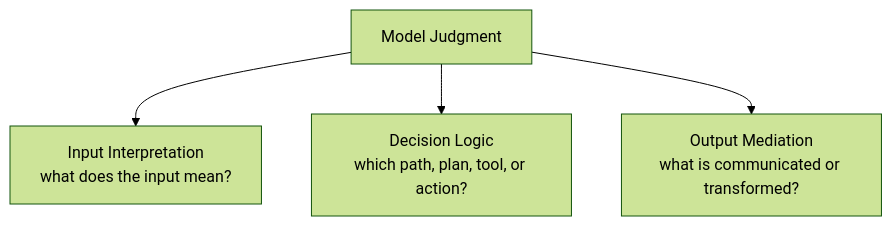
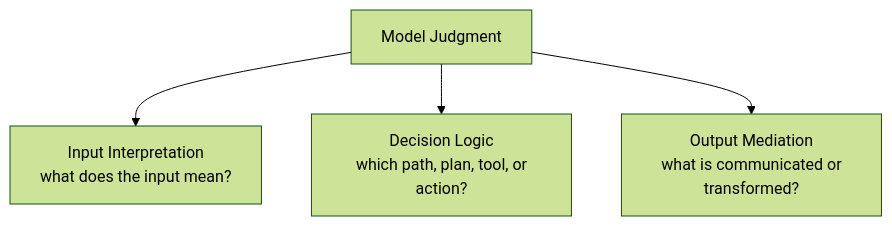
The fourth of 14 diagrams in content/research/notes/open-engineering-specification-article-draft.md (UncertaintyArchitectureGroup/uncertainty-architecture), drawn with Mermaid (forest theme) before and after one commit. The commit also changed other lines of this file, not shown here.

Commit message:
fix(research): stabilize Mermaid rendering

````diff
--- a/content/research/notes/open-engineering-specification-article-draft.md
+++ b/content/research/notes/open-engineering-specification-article-draft.md
@@ -233,11 +233,11 @@
 ```mermaid
 flowchart TB
     MJ["Model Judgment"]
-    I["Input Interpretation<br/>what does the input mean?"]
-    D["Decision Logic<br/>which path, plan, tool, or action?"]
-    O["Output Mediation<br/>what is communicated or transformed?"]
+    I["Input Interpretation<br/> what does the input mean?"]
+    D["Decision Logic<br/> which path, plan, tool, or action?"]
+    O["Output Mediation<br/> what is communicated or transformed?"]
 
     MJ --> I
     MJ --> D
     MJ --> O
 ```
````
